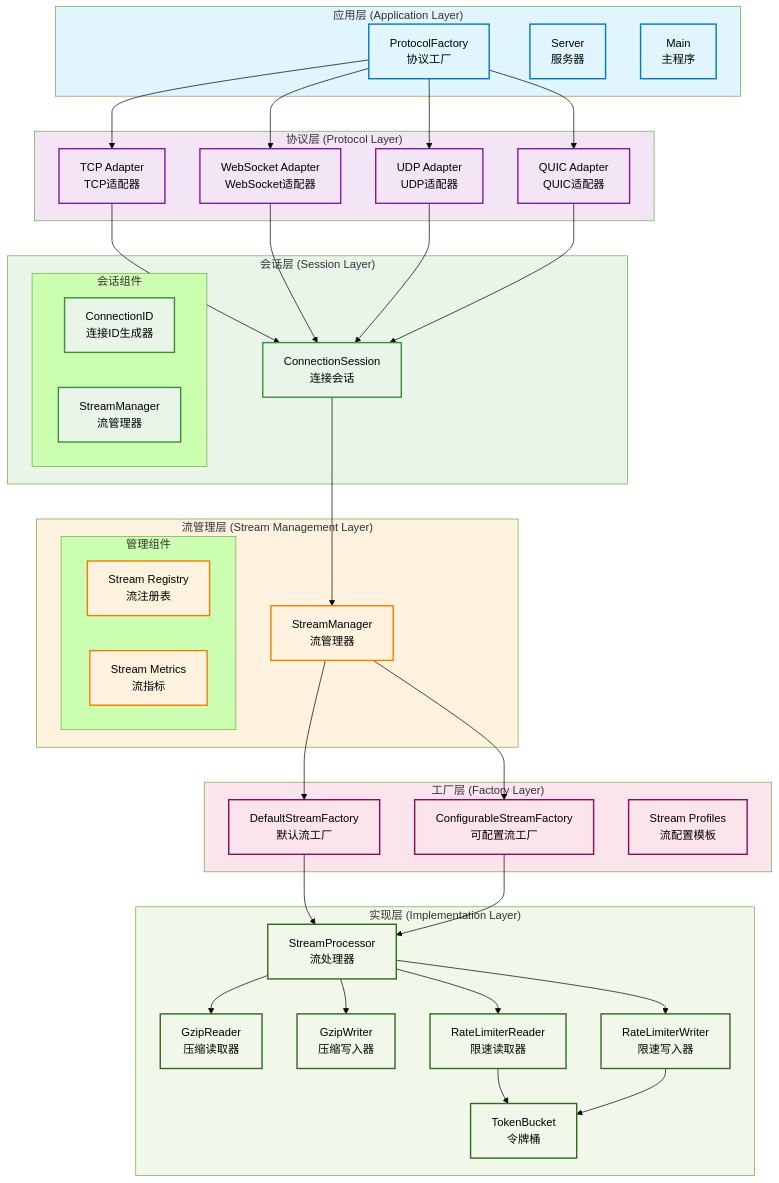
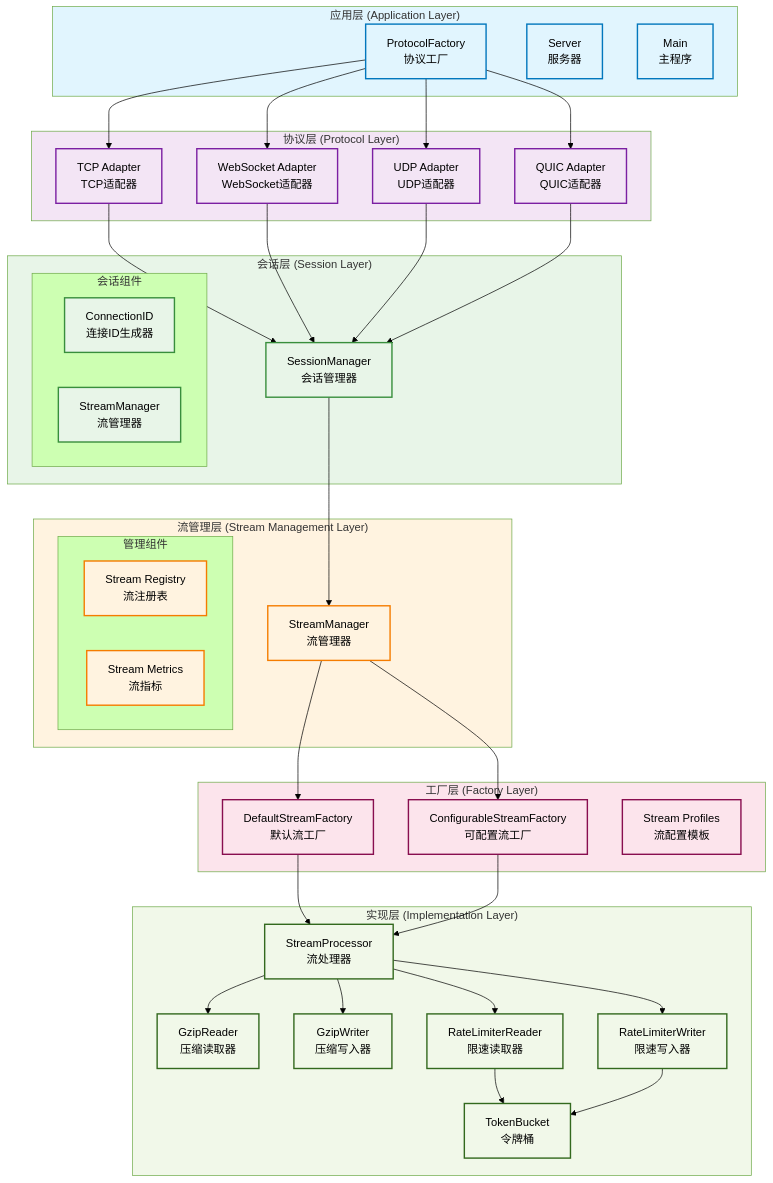
One commit to tunnox-net/tunnox-core changed the second of 2 diagrams in README.md. Above: the diagram before and after it, drawn with Mermaid (forest theme). The commit also changed other lines of this file and 8 other files, not shown here.

First line of the commit message:
refactor: rename ConnectionSession to SessionManager and update related implementations

```diff
--- a/README.md
+++ b/README.md
@@ -245,7 +245,7 @@
     %% 会话层 (Session Layer)
     subgraph SL["会话层 (Session Layer)"]
         style SL fill:#e8f5e8
-        CS[ConnectionSession<br/>连接会话]
+        CS[SessionManager<br/>会话管理器]
         subgraph CS_INNER["会话组件"]
             CID[ConnectionID<br/>连接ID生成器]
             SM[StreamManager<br/>流管理器]
```
